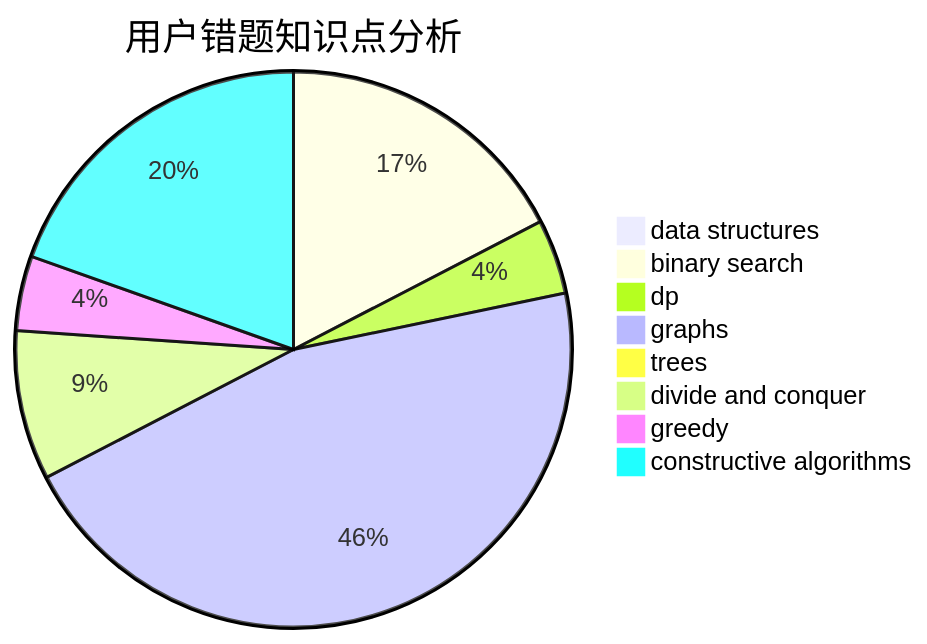
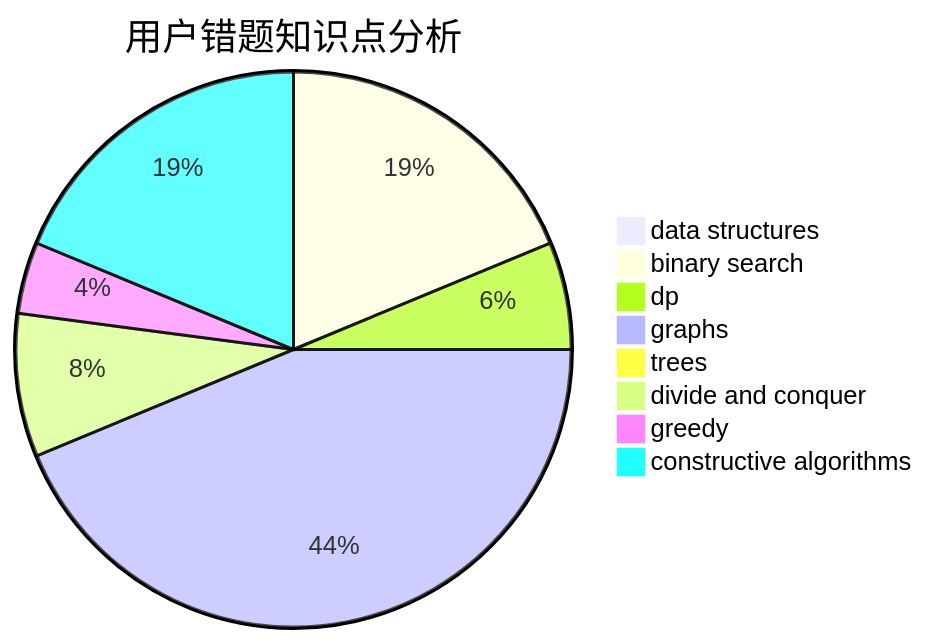
Before and after one commit to sherpahu/cfrs.github.io: the third of 3 diagrams in docs/user/u1307.md, drawn with Mermaid. The commit also changed other lines of this file and 2770 other files, not shown here.

````diff
--- a/docs/user/u1307.md
+++ b/docs/user/u1307.md
@@ -36,11 +36,11 @@
 ```mermaid
 pie title 用户错题知识点分析
     "data structures" :  0
-    "binary search" :  8
-    "dp" :  2
+    "binary search" :  9
+    "dp" :  3
     "graphs" :  21
     "trees" :  0
     "divide and conquer" :  4
     "greedy" :  2
     "constructive algorithms" :  9
 ```
````
